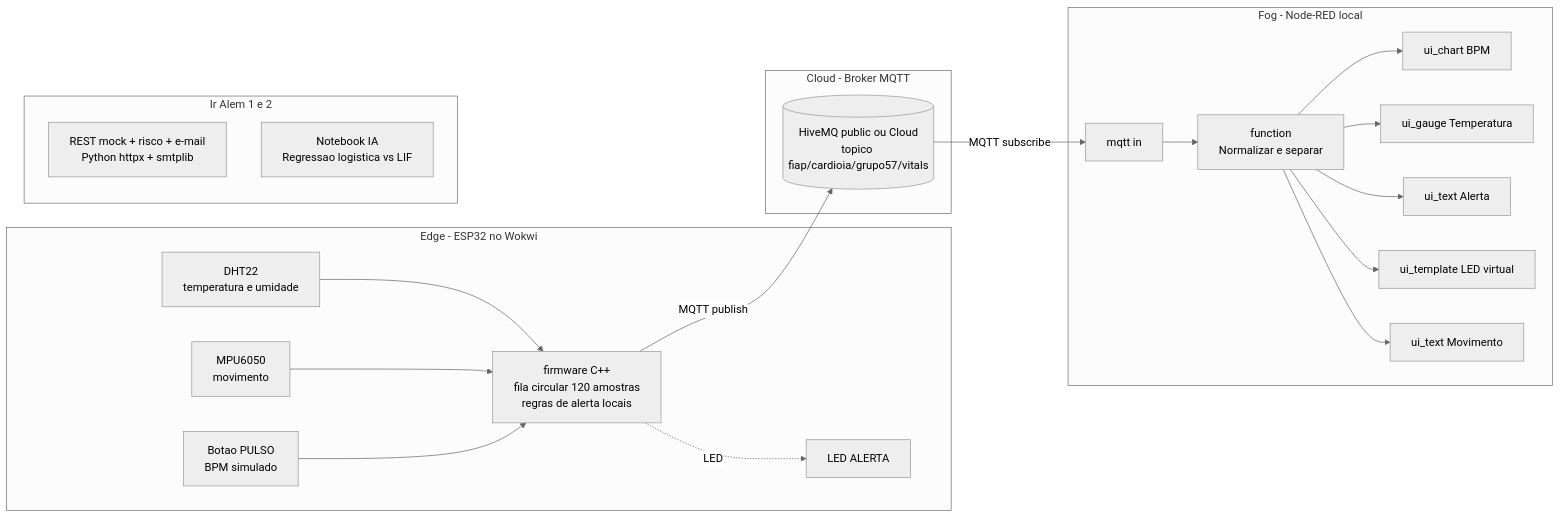
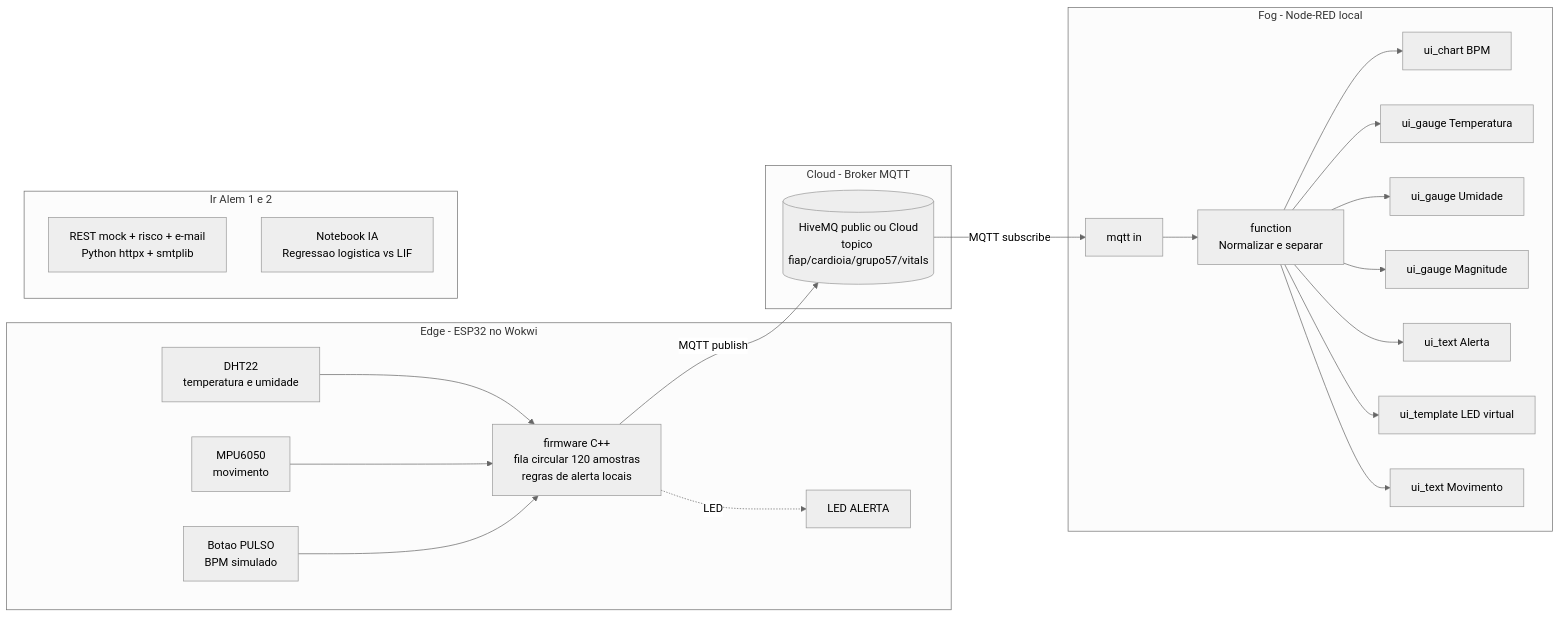
The diagram in README.md (marcofiap/CardioIA-Fase3-Cap1), drawn with Mermaid (neutral theme) before and after one commit. The commit also changed other lines of this file and 5 other files, not shown here.

````diff
--- a/README.md
+++ b/README.md
@@ -33,31 +33,33 @@
 ```mermaid
 flowchart LR
     subgraph EDGE [Edge - ESP32 no Wokwi]
         A1[DHT22<br/>temperatura e umidade] --> SK
         A2[MPU6050<br/>movimento] --> SK
         A3[Botao PULSO<br/>BPM simulado] --> SK
         SK[firmware C++<br/>fila circular 120 amostras<br/>regras de alerta locais]
         SK -.LED.-> A4[LED ALERTA]
     end
 
     subgraph CLOUD [Cloud - Broker MQTT]
         B[(HiveMQ public ou Cloud<br/>topico fiap/cardioia/grupo57/vitals)]
     end
 
     subgraph FOG [Fog - Node-RED local]
         F1[mqtt in] --> F2[function<br/>Normalizar e separar]
         F2 --> F3[ui_chart BPM]
         F2 --> F4[ui_gauge Temperatura]
+        F2 --> F4b[ui_gauge Umidade]
+        F2 --> F4c[ui_gauge Magnitude]
         F2 --> F5[ui_text Alerta]
         F2 --> F6[ui_template LED virtual]
         F2 --> F7[ui_text Movimento]
     end
 
     subgraph IRALEM [Ir Alem 1 e 2]
         R[REST mock + risco + e-mail<br/>Python httpx + smtplib]
         N[Notebook IA<br/>Regressao logistica vs LIF]
     end
 
     SK -- MQTT publish --> B
     B -- MQTT subscribe --> F1
 ```
````
